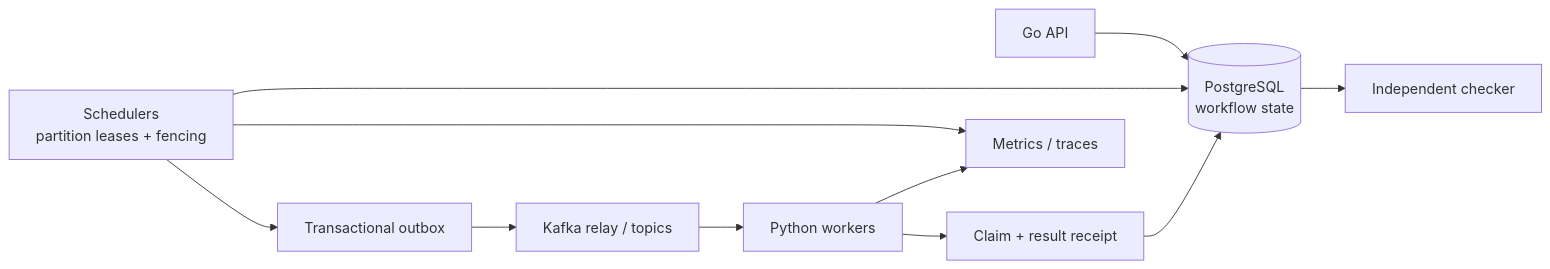
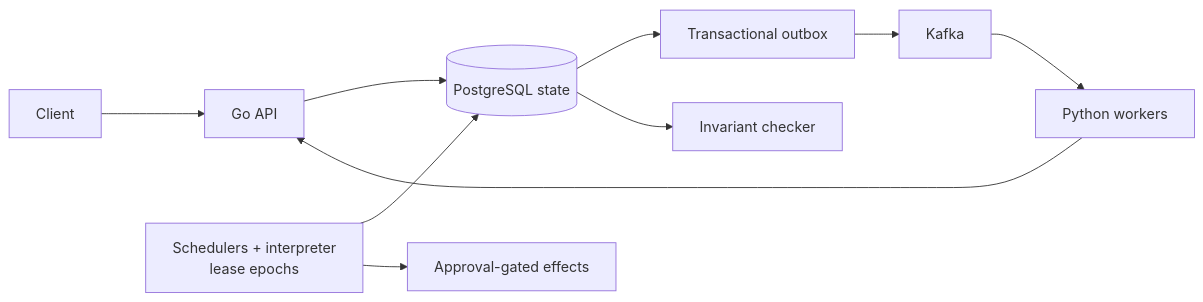
The diagram in README.md (XiaoyunYin/Distributed-Durable-Workflow-Engine), drawn with Mermaid before and after one commit. The commit also changed other lines of this file and 10 other files, not shown here.

````diff
--- a/README.md
+++ b/README.md
@@ -17,13 +12,10 @@
 ```mermaid
 flowchart LR
-    API[Go API] --> DB[(PostgreSQL<br/>workflow state)]
-    S[Schedulers<br/>partition leases + fencing] --> DB
-    S --> O[Transactional outbox]
-    O --> K[Kafka relay / topics]
-    K --> W[Python workers]
-    W --> R[Claim + result receipt]
-    R --> DB
-    DB --> C[Independent checker]
-    S --> T[Metrics / traces]
-    W --> T
+  C[Client] --> A[Go API]
+  A --> P[(PostgreSQL state)]
+  S[Schedulers + interpreter<br/>lease epochs] --> P
+  P --> O[Transactional outbox] --> K[Kafka] --> W[Python workers]
+  W --> A
+  P --> I[Invariant checker]
+  S --> E[Approval-gated effects]
 ```
````
